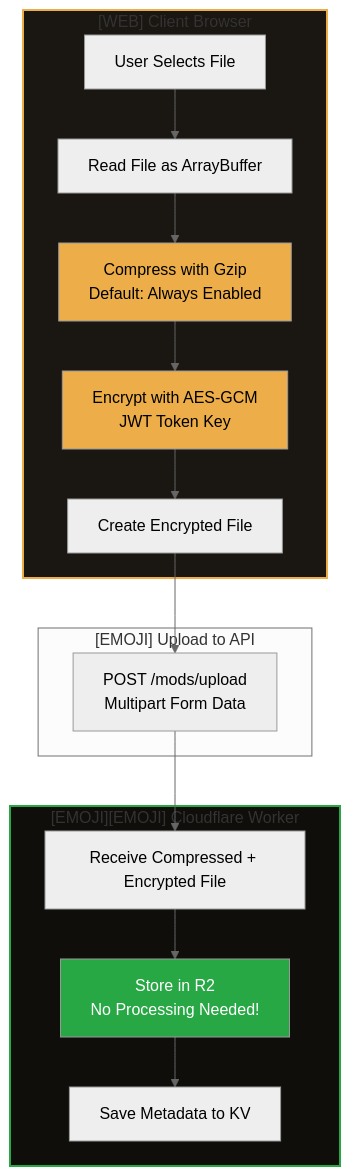
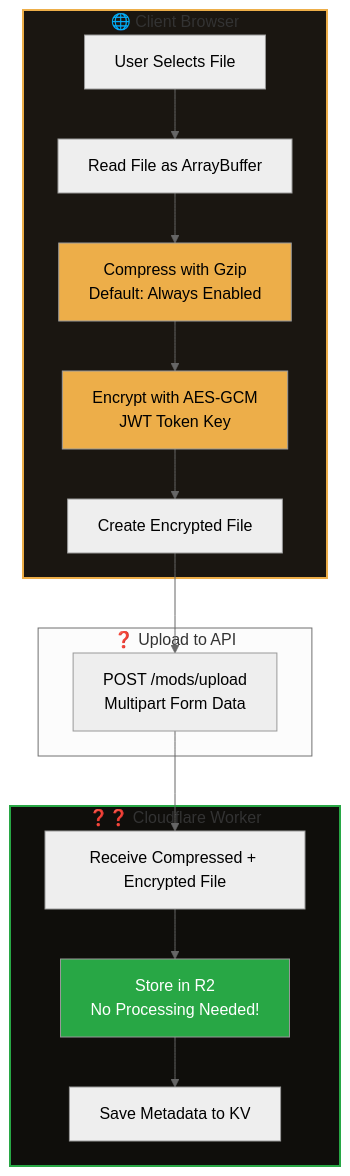
The first of 2 diagrams in serverless/mods-api/README.md (Underwood-Inc/strixun-stream-suite), drawn with Mermaid (neutral theme) before and after one commit. The commit also changed other lines of this file and 483 other files, not shown here.

````diff
--- a/serverless/mods-api/README.md
+++ b/serverless/mods-api/README.md
@@ -22,25 +22,25 @@
 ```mermaid
 flowchart TB
-    subgraph Client["[WEB] Client Browser"]
+    subgraph Client["🌐 Client Browser"]
         A[User Selects File] --> B[Read File as ArrayBuffer]
         B --> C[Compress with Gzip<br/>Default: Always Enabled]
         C --> D[Encrypt with AES-GCM<br/>JWT Token Key]
         D --> E[Create Encrypted File]
     end
     
-    subgraph Upload["[EMOJI] Upload to API"]
+    subgraph Upload["❓ Upload to API"]
         E --> F[POST /mods/upload<br/>Multipart Form Data]
     end
     
-    subgraph Server["[EMOJI][EMOJI] Cloudflare Worker"]
+    subgraph Server["❓❓ Cloudflare Worker"]
         F --> G[Receive Compressed + Encrypted File]
         G --> H[Store in R2<br/>No Processing Needed!]
         H --> I[Save Metadata to KV]
     end
     
     style Client fill:#1a1611,stroke:#edae49,stroke-width:2px
     style C fill:#edae49,color:#000
     style D fill:#edae49,color:#000
     style Server fill:#0f0e0b,stroke:#28a745,stroke-width:2px
     style H fill:#28a745,color:#fff
 ```
````
